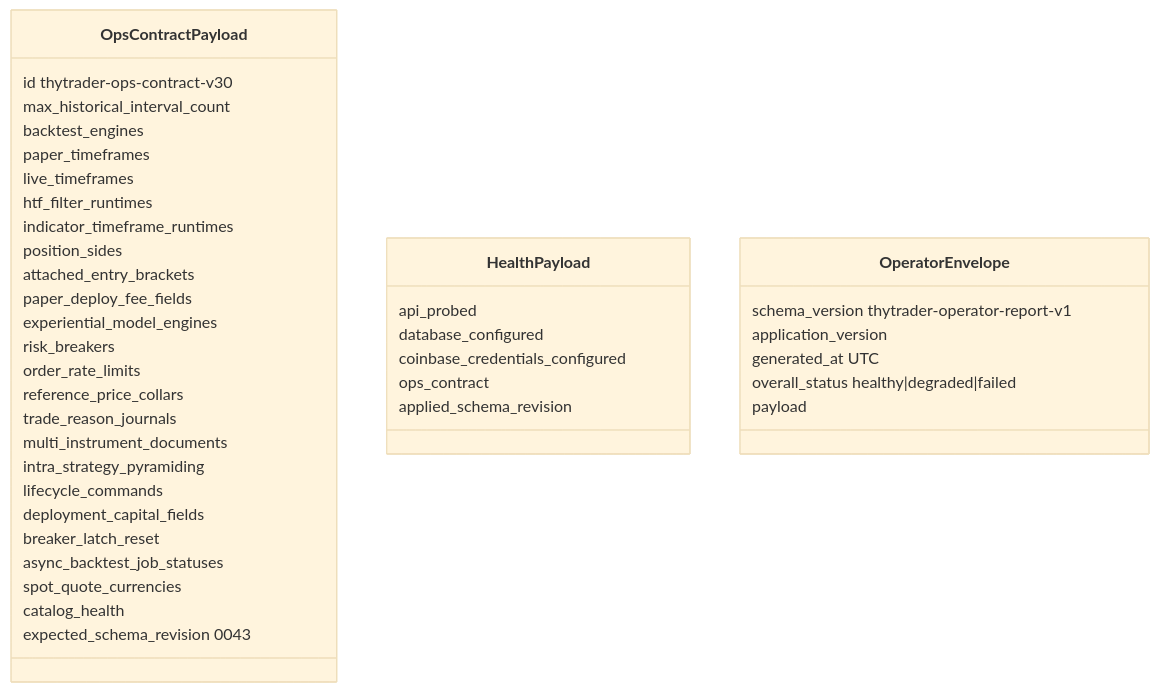
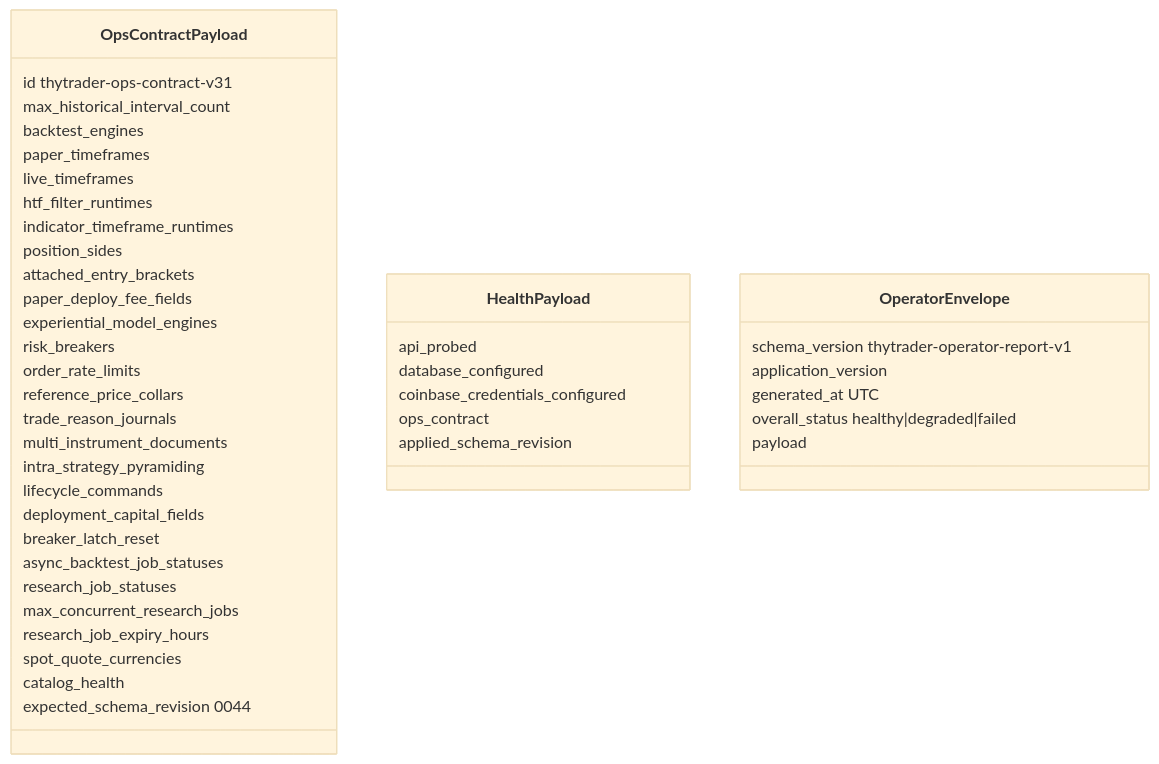
Before and after one commit to Zoltesh/thytrader: the diagram in docs/architecture/contracts/ops-contract.md, drawn with Mermaid (base theme). The commit also changed other lines of this file and 31 other files, not shown here.

First line of the commit message:
feat(research): durable bounded research jobs (QA defects 5–8, 16)

````diff
--- a/docs/architecture/contracts/ops-contract.md
+++ b/docs/architecture/contracts/ops-contract.md
@@ -39,43 +42,46 @@
 ```mermaid
 classDiagram
   class OpsContractPayload {
-    id thytrader-ops-contract-v30
+    id thytrader-ops-contract-v31
     max_historical_interval_count
     backtest_engines
     paper_timeframes
     live_timeframes
     htf_filter_runtimes
     indicator_timeframe_runtimes
     position_sides
     attached_entry_brackets
     paper_deploy_fee_fields
     experiential_model_engines
     risk_breakers
     order_rate_limits
     reference_price_collars
     trade_reason_journals
     multi_instrument_documents
     intra_strategy_pyramiding
     lifecycle_commands
     deployment_capital_fields
     breaker_latch_reset
     async_backtest_job_statuses
+    research_job_statuses
+    max_concurrent_research_jobs
+    research_job_expiry_hours
     spot_quote_currencies
     catalog_health
-    expected_schema_revision 0043
+    expected_schema_revision 0044
   }
   class HealthPayload {
     api_probed
     database_configured
     coinbase_credentials_configured
     ops_contract
     applied_schema_revision
   }
   class OperatorEnvelope {
     schema_version thytrader-operator-report-v1
     application_version
     generated_at UTC
     overall_status healthy|degraded|failed
     payload
   }
 ```
````
